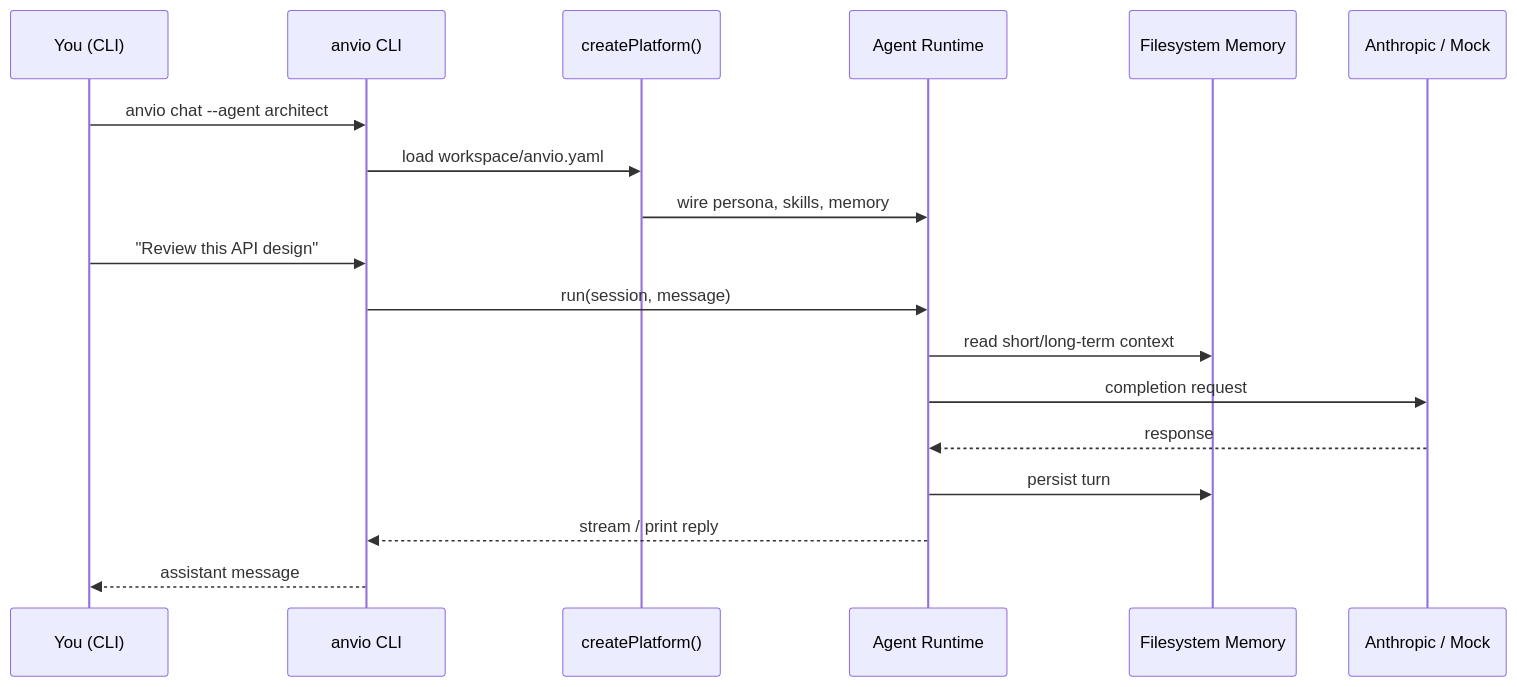
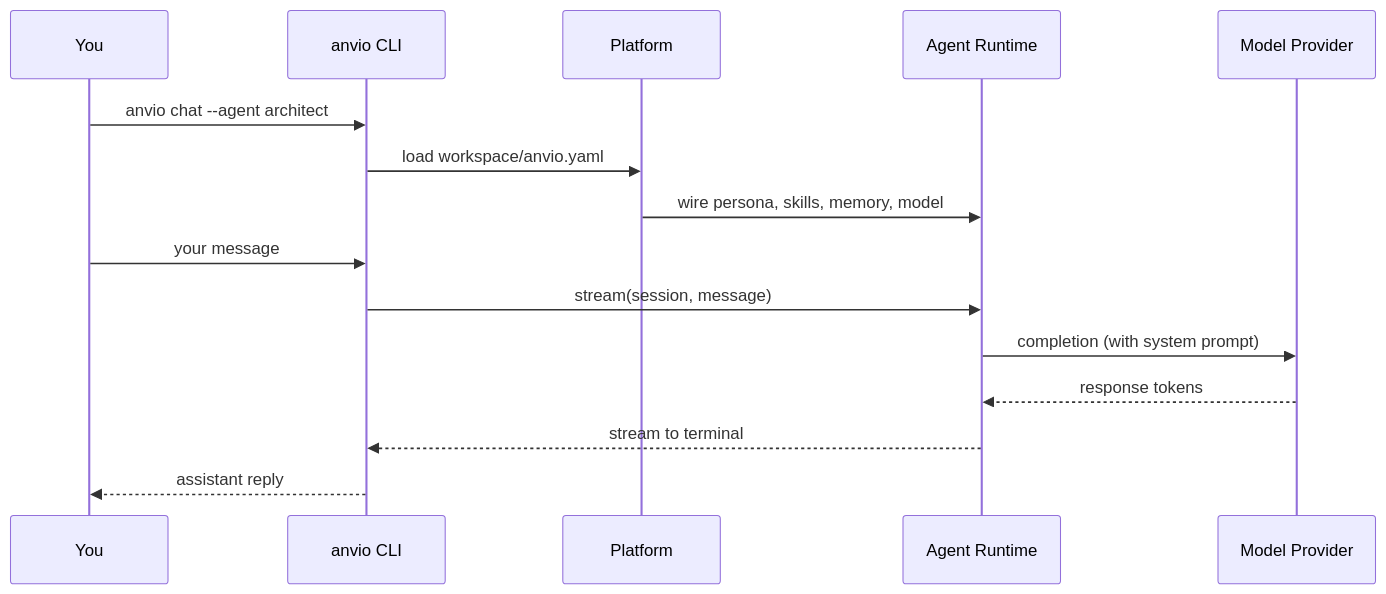
The second of 5 diagrams in README.md (viantonugroho11/Anvio), drawn with Mermaid before and after one commit. The commit also changed other lines of this file, not shown here.

First line of the commit message:
docs(readme): expand quick start, usage guide, and architecture visuals

````diff
--- a/README.md
+++ b/README.md
@@ -86,21 +173,18 @@
 ```mermaid
 sequenceDiagram
-    participant You as You (CLI)
-    participant CLI as anvio CLI
-    participant Platform as createPlatform()
-    participant Runtime as Agent Runtime
-    participant Memory as Filesystem Memory
-    participant Model as Anthropic / Mock
+    participant U as You
+    participant C as anvio CLI
+    participant P as Platform
+    participant R as Agent Runtime
+    participant M as Model Provider
 
-    You->>CLI: anvio chat --agent architect
-    CLI->>Platform: load workspace/anvio.yaml
-    Platform->>Runtime: wire persona, skills, memory
-    You->>CLI: "Review this API design"
-    CLI->>Runtime: run(session, message)
-    Runtime->>Memory: read short/long-term context
-    Runtime->>Model: completion request
-    Model-->>Runtime: response
-    Runtime->>Memory: persist turn
-    Runtime-->>CLI: stream / print reply
-    CLI-->>You: assistant message
+    U->>C: anvio chat --agent architect
+    C->>P: load workspace/anvio.yaml
+    P->>R: wire persona, skills, memory, model
+    U->>C: your message
+    C->>R: stream(session, message)
+    R->>M: completion (with system prompt)
+    M-->>R: response tokens
+    R-->>C: stream to terminal
+    C-->>U: assistant reply
 ```
````
